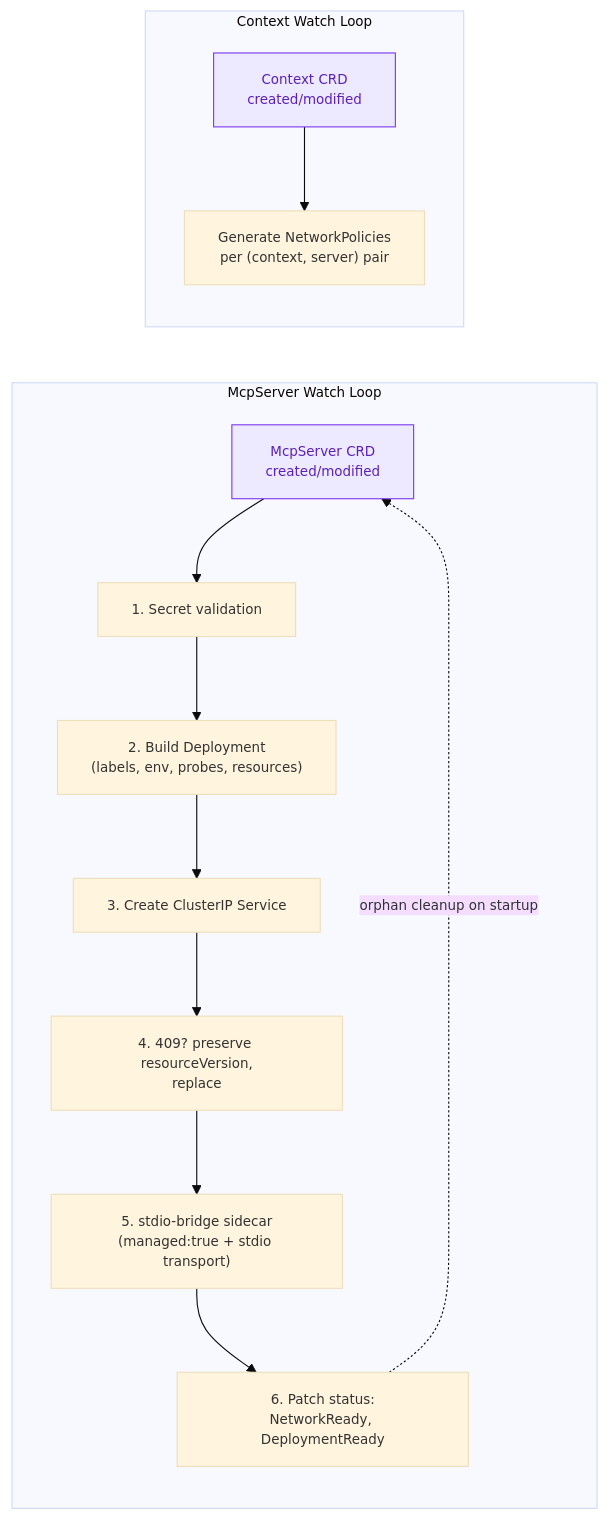
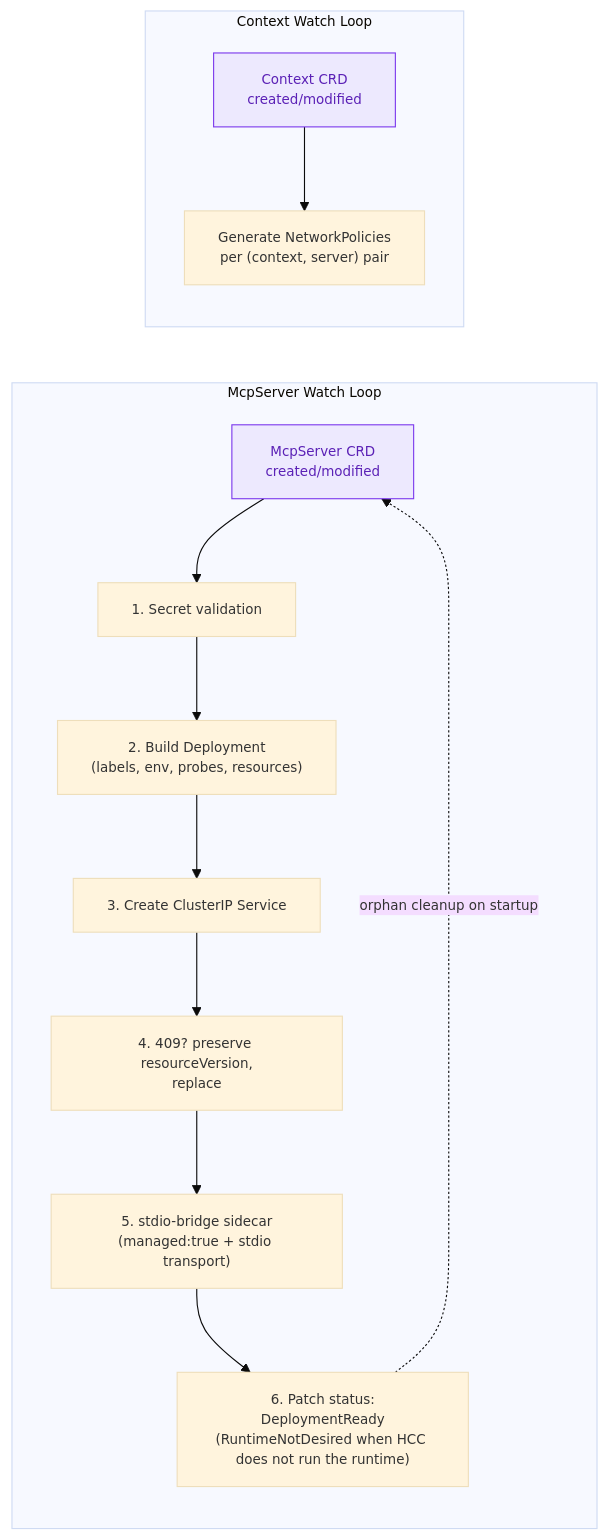
One commit to evenfire-ai/evenfire changed the fourth of 6 diagrams in docs/architecture/overview.md. Above: the diagram before and after it, drawn with Mermaid. The commit also changed other lines of this file and 6 other files, not shown here.

First line of the commit message:
fix(hcc): retract runtime conditions when HCC does not run a server

````diff
--- a/docs/architecture/overview.md
+++ b/docs/architecture/overview.md
@@ -892,19 +892,19 @@
 ```mermaid
 %%{init: {'theme':'base', 'themeVariables': {'fontSize':'12px'}}}%%
 flowchart LR
     subgraph L1["McpServer Watch Loop"]
         MCS["McpServer CRD<br/>created/modified"] --> SEC["1. Secret validation"]
         SEC --> DEP["2. Build Deployment<br/>(labels, env, probes, resources)"]
         DEP --> SVC["3. Create ClusterIP Service"]
         SVC --> CONFLICT["4. 409? preserve resourceVersion,<br/>replace"]
         CONFLICT --> SIDECAR["5. stdio-bridge sidecar<br/>(managed:true + stdio transport)"]
-        SIDECAR --> STATUS["6. Patch status:<br/>NetworkReady, DeploymentReady"]
+        SIDECAR --> STATUS["6. Patch status:<br/>DeploymentReady<br/>(RuntimeNotDesired when HCC does not run the runtime)"]
     end
     subgraph L2["Context Watch Loop"]
         CTX["Context CRD<br/>created/modified"] --> NP["Generate NetworkPolicies<br/>per (context, server) pair"]
     end
     STATUS -.->|orphan cleanup on startup| MCS
 
     classDef ctrl fill:#EDE9FE,stroke:#7C3AED,color:#5B21B6
     class MCS,CTX ctrl
 ```
````
